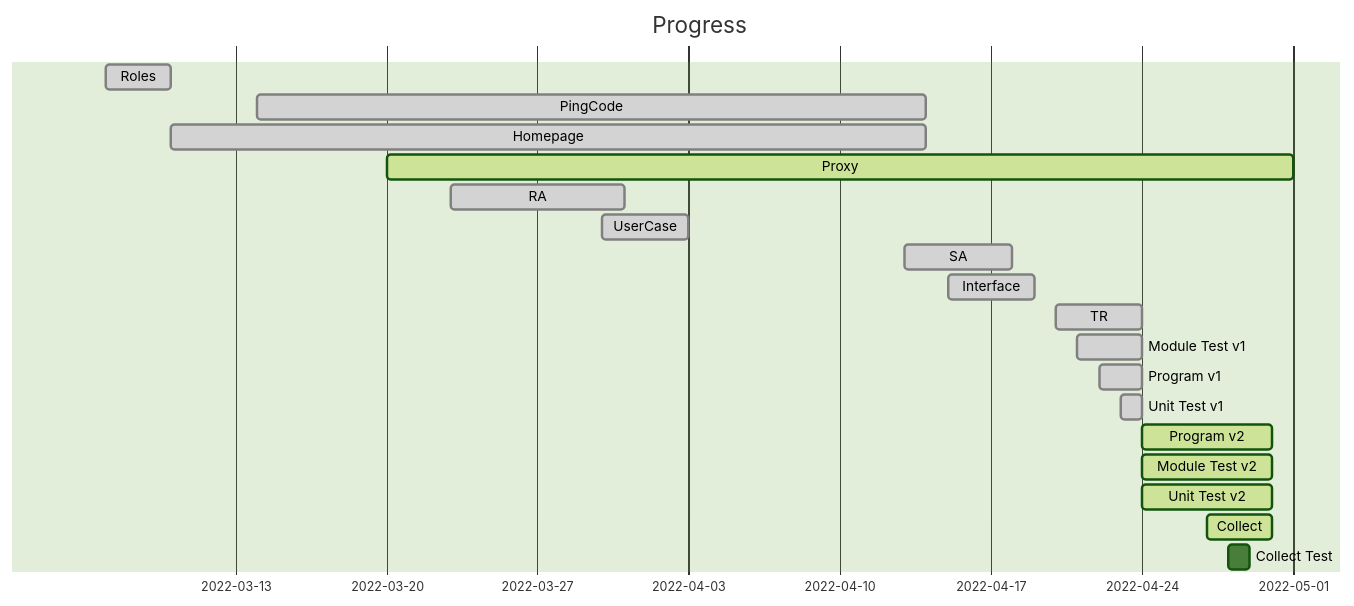
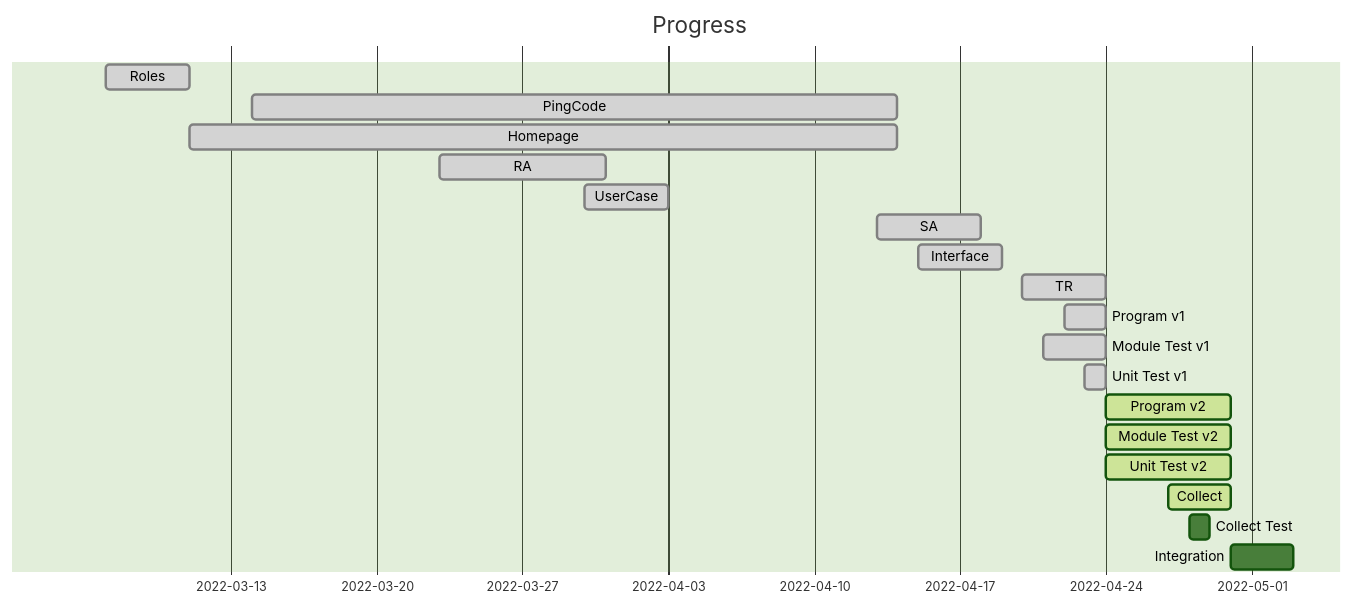
One commit to dsd-db/main changed the first of 2 diagrams in README.md. Above: the diagram before and after it, drawn with Mermaid (forest theme). The commit also changed other lines of this file, not shown here.

````diff
--- a/README.md
+++ b/README.md
@@ -3,23 +3,23 @@
 ```mermaid
 gantt
 dateFormat YYYYMMDD
 title Progress
 
-Roles:              done,   des01,  20220307,   3d
+Roles:              done,   des01,  20220307,   20220311
 PingCode:           done,   des02,  20220314,   20220414
-Homepage:           done,   des03,  after des01, 20220414
-Proxy:              active, des04,  20220320,   20220501
+Homepage:           done,   des03,  after des01,20220414
 RA:                 done,   des05,  20220323,   20220331
 UserCase:           done,   des06,  20220330,   20220403
 SA:                 done,   des07,  20220413,   20220418
 Interface:          done,   des08,  20220415,   20220419
-TR:                 done,   des09,  20220420,   20220424
-Module Test v1:     done,   des10,  20220421,   20220424
+TR:                 done,   des10,  20220420,   20220424
 Program v1:         done,   des11,  20220422,   20220424
-Unit Test v1:       done,   des12,  20220423,   20220424
-Program v2:         active, des13,  after des11,20220430
-Module Test v2:     active, des14,  after des10,20220430
-Unit Test v2:       active, des15,  after des12,20220430
-Collect:            active, des16,  20220427,   20220430
-Collect Test:               des17,  20220428,   20220429
+Module Test v1:     done,   des12,  20220421,   20220424
+Unit Test v1:       done,   des13,  20220423,   20220424
+Program v2:         active, des14,  after des11,20220430
+Module Test v2:     active, des15,  after des12,20220430
+Unit Test v2:       active, des16,  after des13,20220430
+Collect:            active, des18,  20220427,   20220430
+Collect Test:               des19,  20220428,   20220429
+Integration:                des20,  after des14,20220503
 ```
````
